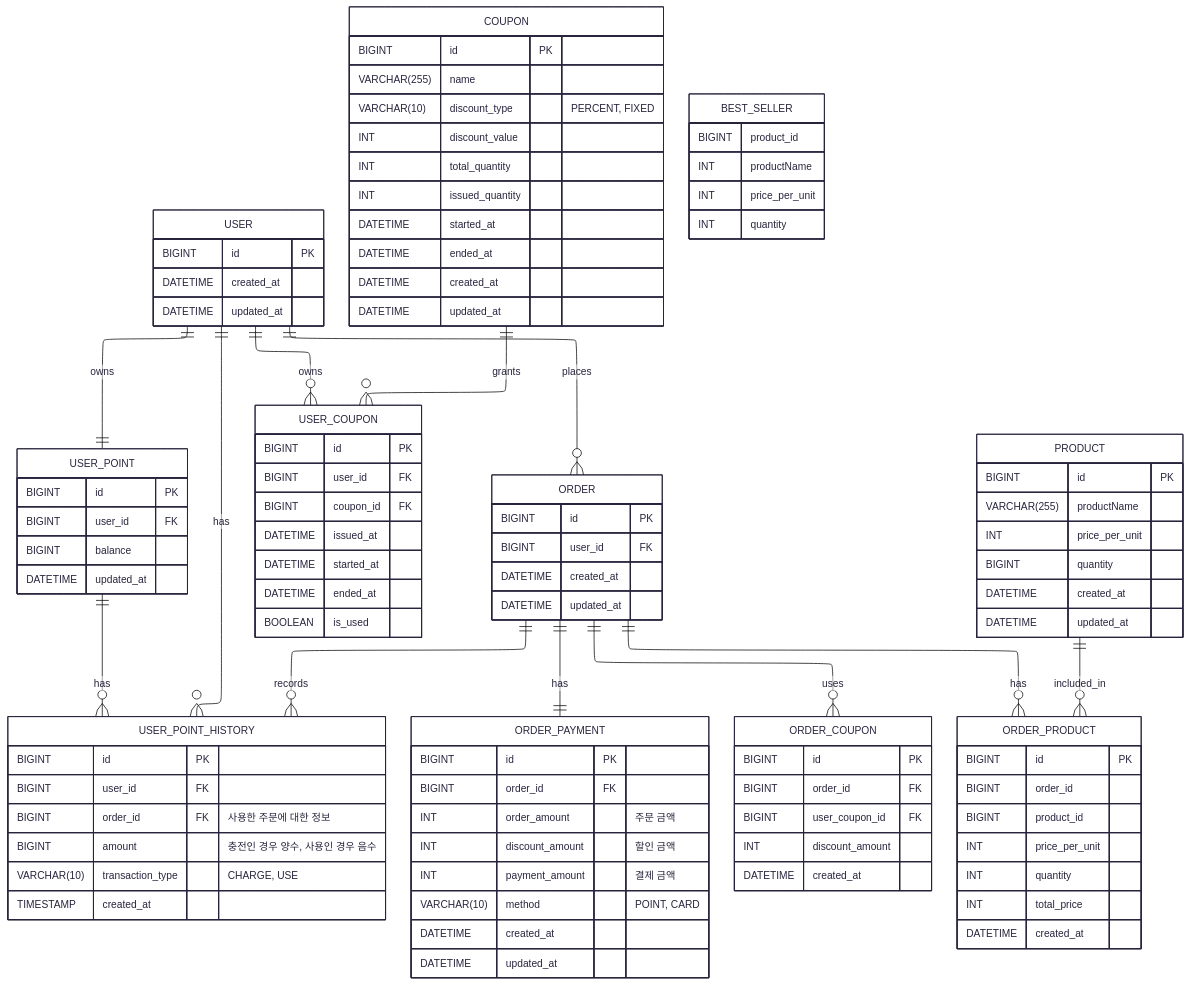
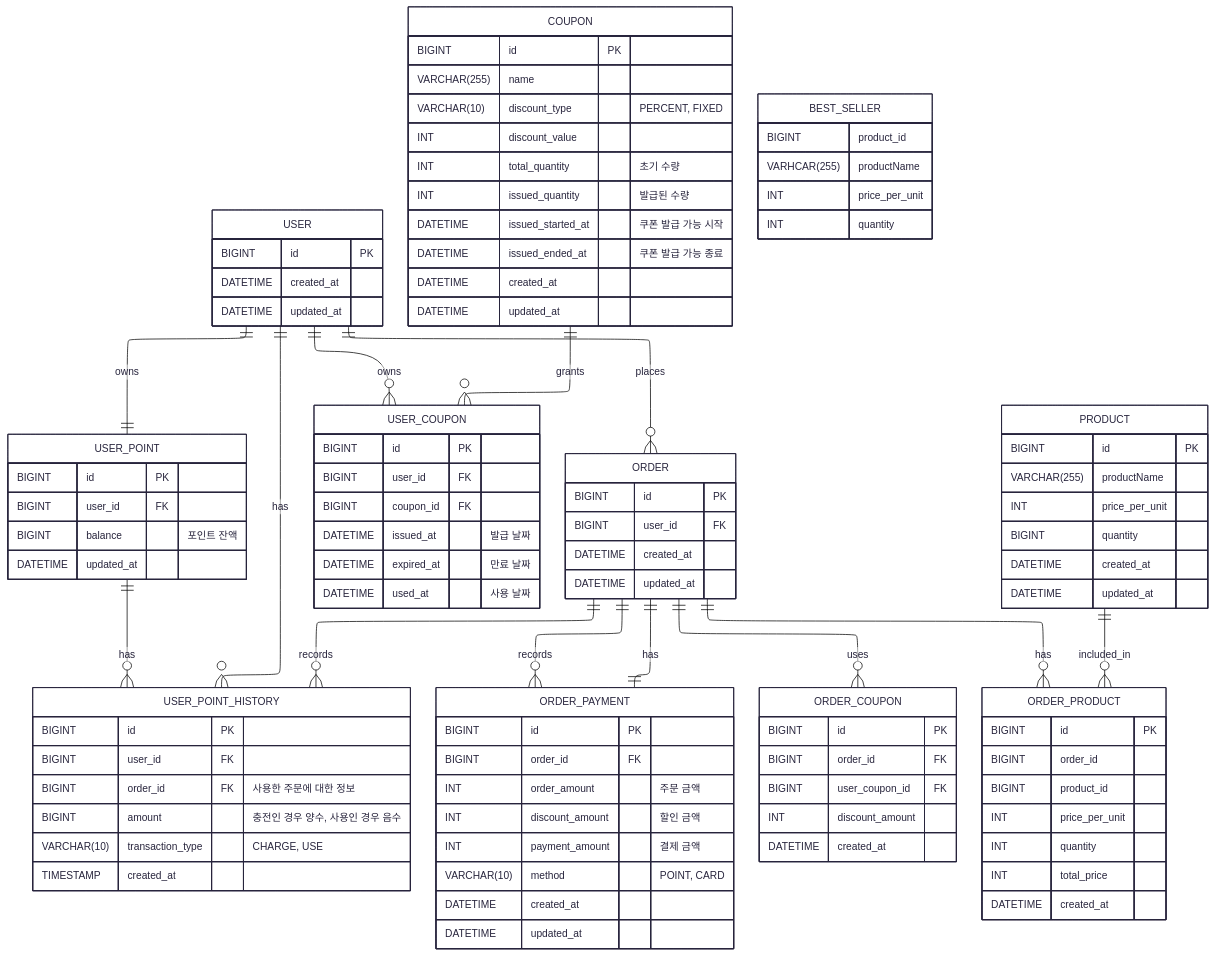
One commit to kdmstj/hanghae_ecommerce changed the diagram in docs/erd.md. Above: the diagram before and after it, drawn with Mermaid.

Commit message:
docs: erd 수정
- order 와 order_coupon 관계 설정

````diff
--- a/docs/erd.md
+++ b/docs/erd.md
@@ -17,7 +17,7 @@
     USER_POINT {
         BIGINT id PK
         BIGINT user_id FK
-        BIGINT balance
+        BIGINT balance "포인트 잔액"
         DATETIME updated_at
     }
     USER_POINT ||--o{ USER_POINT_HISTORY : has
@@ -33,11 +33,11 @@
         BIGINT id PK
         VARCHAR(255) name
         VARCHAR(10) discount_type "PERCENT, FIXED"
-        INT discount_value
-        INT total_quantity
-        INT issued_quantity
-        DATETIME started_at
-        DATETIME ended_at
+        INT discount_value 
+        INT total_quantity "초기 수량"
+        INT issued_quantity "발급된 수량"
+        DATETIME issued_started_at "쿠폰 발급 가능 시작"
+        DATETIME issued_ended_at  "쿠폰 발급 가능 종료"
         DATETIME created_at
         DATETIME updated_at
     }
@@ -46,10 +46,9 @@
         BIGINT id PK
         BIGINT user_id FK
         BIGINT coupon_id FK
-        DATETIME issued_at
-        DATETIME started_at
-        DATETIME ended_at
-        BOOLEAN is_used
+        DATETIME issued_at "발급 날짜"
+        DATETIME expired_at "만료 날짜"
+        DATETIME used_at "사용 날짜"
     }
     ORDER {
         BIGINT id PK
@@ -78,6 +77,7 @@
         INT discount_amount
         DATETIME created_at
     }
+    ORDER ||--o{ ORDER_PAYMENT : records
     ORDER_PRODUCT {
         BIGINT id PK
         BIGINT order_id
@@ -99,9 +99,8 @@
 
     BEST_SELLER{
         BIGINT product_id
-        INT productName
+        VARHCAR(255) productName
         INT price_per_unit
         INT quantity
     }
-
 ```
````
